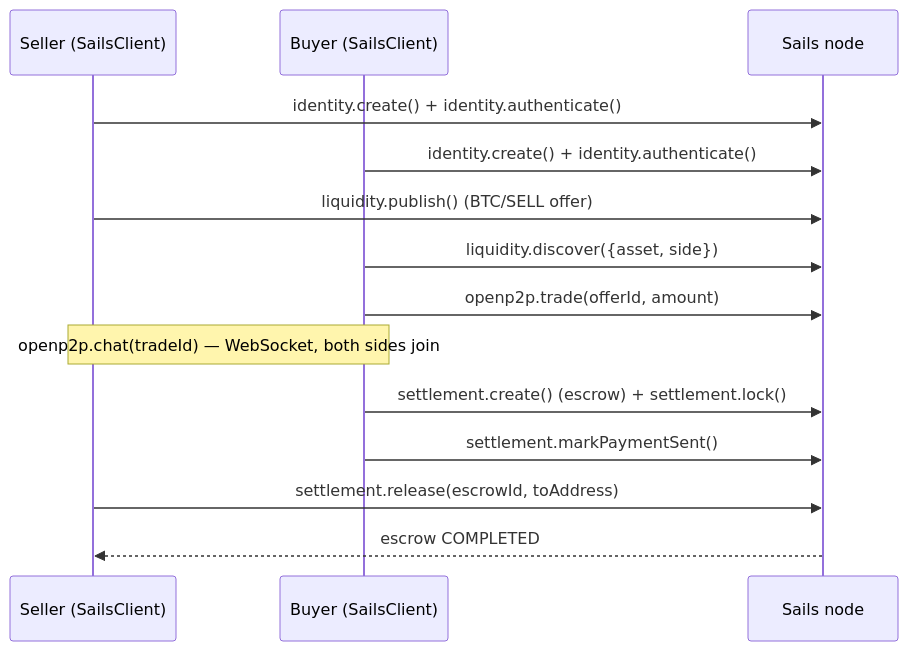
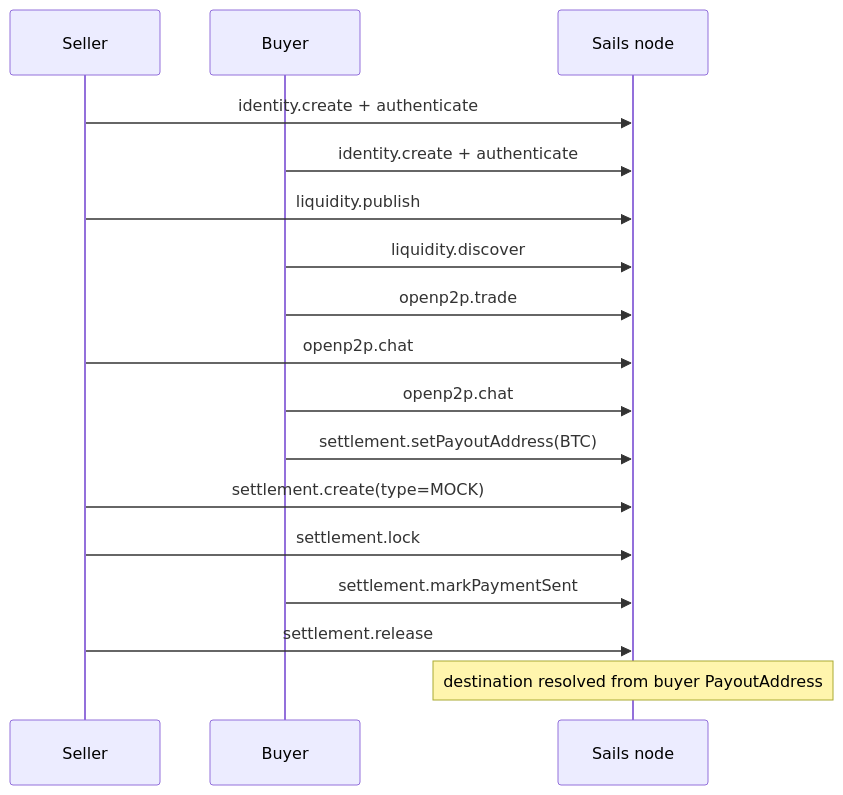
The diagram in docs/ARCHITECTURE.md (alan-schramm/sails-integration-starter), drawn with Mermaid before and after one commit. The commit also changed other lines of this file, not shown here.

Commit message:
docs: update starter architecture for registry-consumer model

````diff
--- a/docs/ARCHITECTURE.md
+++ b/docs/ARCHITECTURE.md
@@ -28,17 +39,20 @@
 ```mermaid
 sequenceDiagram
-    participant Seller as Seller (SailsClient)
-    participant Buyer as Buyer (SailsClient)
+    participant Seller
+    participant Buyer
     participant Node as Sails node
 
-    Seller->>Node: identity.create() + identity.authenticate()
-    Buyer->>Node: identity.create() + identity.authenticate()
-    Seller->>Node: liquidity.publish() (BTC/SELL offer)
-    Buyer->>Node: liquidity.discover({asset, side})
-    Buyer->>Node: openp2p.trade(offerId, amount)
-    Note over Seller,Buyer: openp2p.chat(tradeId) — WebSocket, both sides join
-    Buyer->>Node: settlement.create() (escrow) + settlement.lock()
-    Buyer->>Node: settlement.markPaymentSent()
-    Seller->>Node: settlement.release(escrowId, toAddress)
-    Node-->>Seller: escrow COMPLETED
+    Seller->>Node: identity.create + authenticate
+    Buyer->>Node: identity.create + authenticate
+    Seller->>Node: liquidity.publish
+    Buyer->>Node: liquidity.discover
+    Buyer->>Node: openp2p.trade
+    Seller->>Node: openp2p.chat
+    Buyer->>Node: openp2p.chat
+    Buyer->>Node: settlement.setPayoutAddress(BTC)
+    Seller->>Node: settlement.create(type=MOCK)
+    Seller->>Node: settlement.lock
+    Buyer->>Node: settlement.markPaymentSent
+    Seller->>Node: settlement.release
+    Note over Node: destination resolved from buyer PayoutAddress
 ```
````
